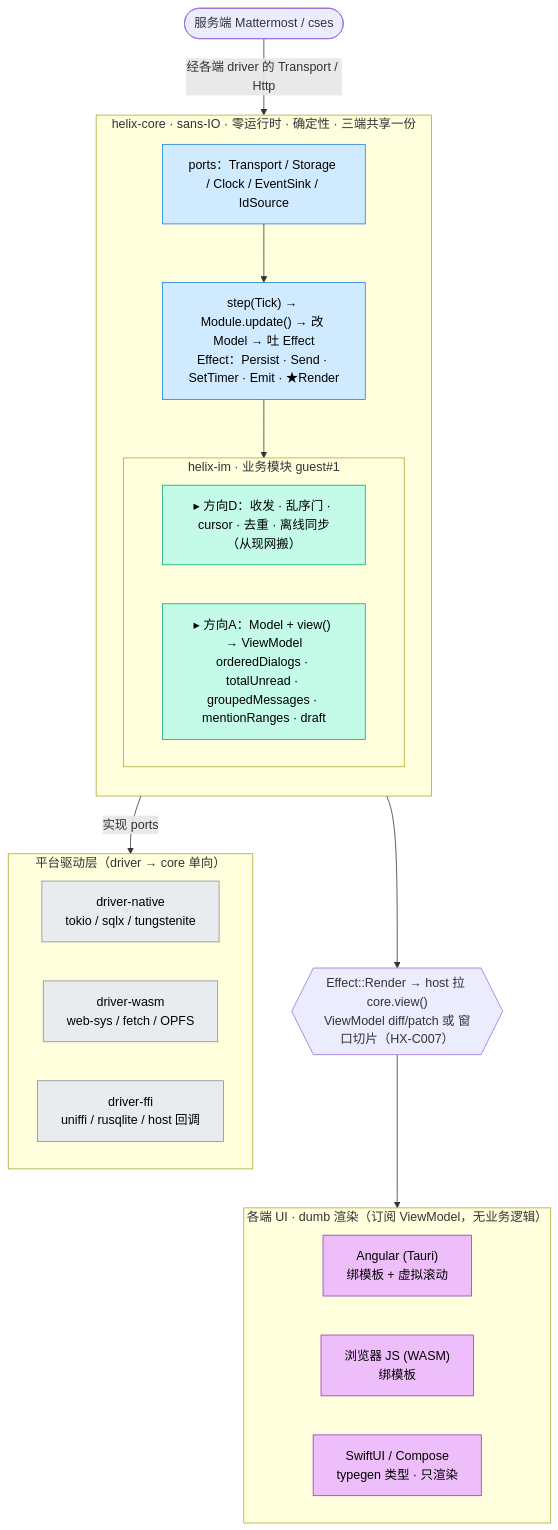
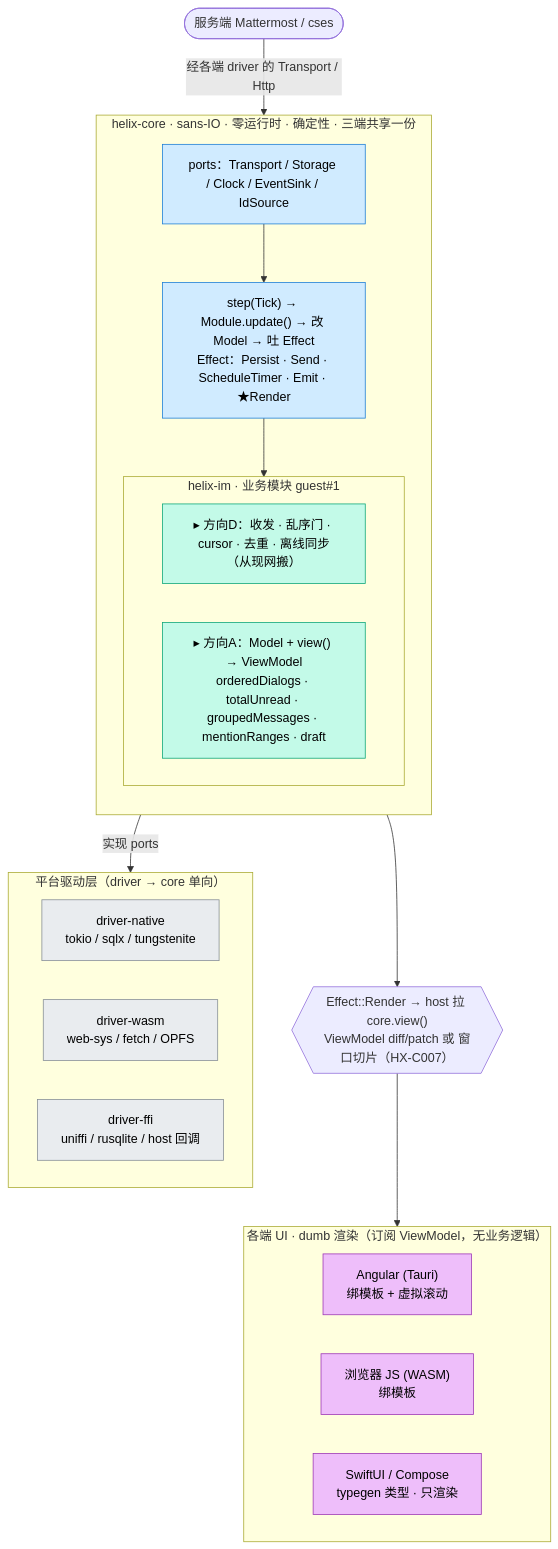
Before and after one commit to zxs1633079383/helix: the second of 27 diagrams in docs/过会方案/helix-core-im-架构设计.md, drawn with Mermaid. The commit also changed other lines of this file and 9 other files, not shown here.

````diff
--- a/docs/过会方案/helix-core-im-架构设计.md
+++ b/docs/过会方案/helix-core-im-架构设计.md
@@ -121,44 +121,44 @@
 ```mermaid
 flowchart TB
   SRV(["服务端 Mattermost / cses"])
   SRV -->|"经各端 driver 的 Transport / Http"| CORE
 
   subgraph CORE["helix-core · sans-IO · 零运行时 · 确定性 · 三端共享一份"]
     direction TB
     PORTS["ports：Transport / Storage / Clock / EventSink / IdSource"]
-    STEP["step(Tick) → Module.update() → 改 Model → 吐 Effect<br/>Effect：Persist · Send · SetTimer · Emit · ★Render"]
+    STEP["step(Tick) → Module.update() → 改 Model → 吐 Effect<br/>Effect：Persist · Send · ScheduleTimer · Emit · ★Render"]
     subgraph IM["helix-im · 业务模块 guest#1"]
       DD["▸ 方向D：收发 · 乱序门 · cursor · 去重 · 离线同步（从现网搬）"]
       AA["▸ 方向A：Model + view() → ViewModel<br/>orderedDialogs · totalUnread · groupedMessages · mentionRanges · draft"]
     end
     PORTS --> STEP --> IM
   end
 
   subgraph DRV["平台驱动层（driver → core 单向）"]
     direction LR
     DN["driver-native<br/>tokio / sqlx / tungstenite"]
     DW["driver-wasm<br/>web-sys / fetch / OPFS"]
     DF["driver-ffi<br/>uniffi / rusqlite / host 回调"]
   end
   CORE -->|"实现 ports"| DRV
 
   REN{{"Effect::Render → host 拉 core.view()<br/>ViewModel diff/patch 或 窗口切片（HX-C007）"}}
   CORE --> REN
 
   subgraph UI["各端 UI · dumb 渲染（订阅 ViewModel，无业务逻辑）"]
     direction LR
     UA["Angular (Tauri)<br/>绑模板 + 虚拟滚动"]
     UW["浏览器 JS (WASM)<br/>绑模板"]
     UF["SwiftUI / Compose<br/>typegen 类型 · 只渲染"]
   end
   REN --> UI
 
   classDef core fill:#d0ebff,stroke:#1c7ed6,color:#000
   classDef biz fill:#c3fae8,stroke:#0ca678,color:#000
   classDef plat fill:#e9ecef,stroke:#868e96,color:#000
   classDef ui fill:#eebefa,stroke:#9c36b5,color:#000
   class PORTS,STEP core
   class DD,AA biz
   class DN,DW,DF plat
   class UA,UW,UF ui
 ```
````
